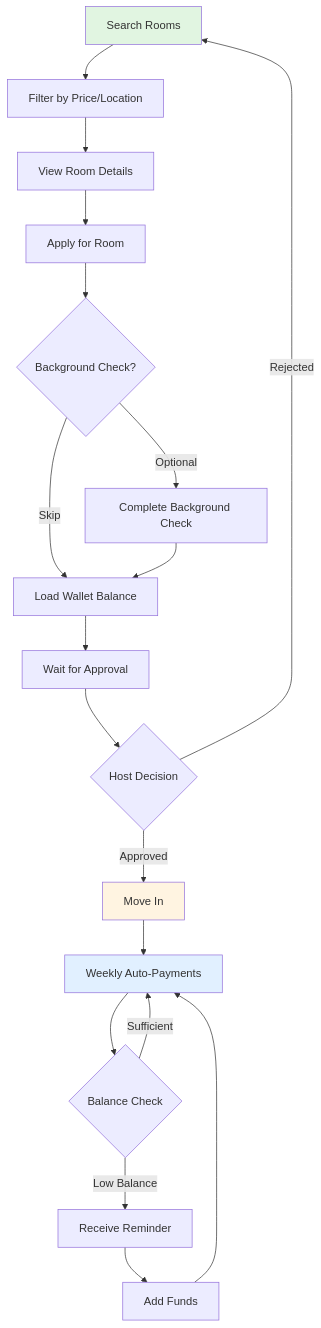
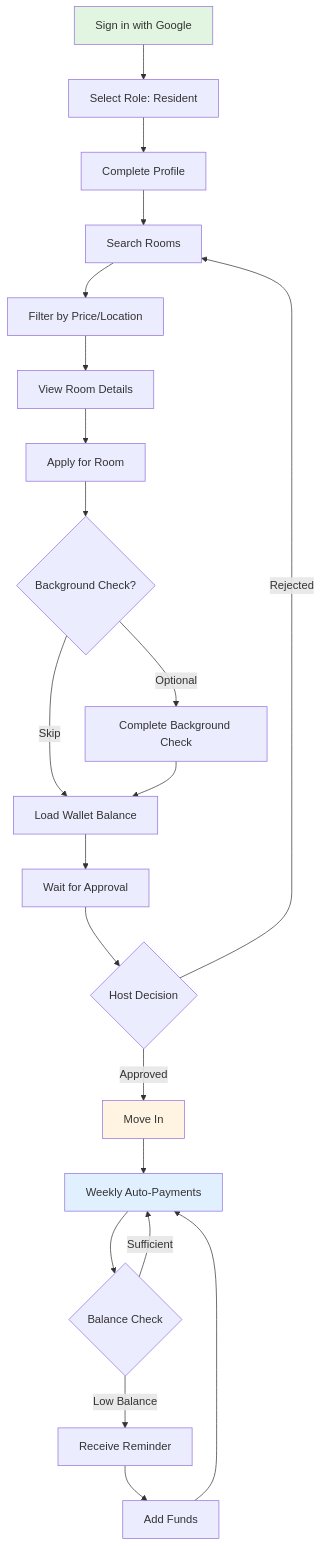
The sixth of 7 diagrams in docs/ROOMPILOT_PRD_v1.md (roompilotpro/roompilot), drawn with Mermaid before and after one commit. The commit also changed other lines of this file, not shown here.

Commit message:
Use google oauth

````diff
--- a/docs/ROOMPILOT_PRD_v1.md
+++ b/docs/ROOMPILOT_PRD_v1.md
@@ -446,24 +463,27 @@
 ```mermaid
 graph TD
-    A[Search Rooms] --> B[Filter by Price/Location]
-    B --> C[View Room Details]
-    C --> D[Apply for Room]
-    D --> E{Background Check?}
-    E -->|Optional| F[Complete Background Check]
-    E -->|Skip| G[Load Wallet Balance]
-    F --> G
-    G --> H[Wait for Approval]
-    H --> I{Host Decision}
-    I -->|Approved| J[Move In]
-    I -->|Rejected| A
-    J --> K[Weekly Auto-Payments]
-    K --> L{Balance Check}
-    L -->|Sufficient| K
-    L -->|Low Balance| M[Receive Reminder]
-    M --> N[Add Funds]
-    N --> K
+    A[Sign in with Google] --> B[Select Role: Resident]
+    B --> C[Complete Profile]
+    C --> D[Search Rooms]
+    D --> E[Filter by Price/Location]
+    E --> F[View Room Details]
+    F --> G[Apply for Room]
+    G --> H{Background Check?}
+    H -->|Optional| I[Complete Background Check]
+    H -->|Skip| J[Load Wallet Balance]
+    I --> J
+    J --> K[Wait for Approval]
+    K --> L{Host Decision}
+    L -->|Approved| M[Move In]
+    L -->|Rejected| D
+    M --> N[Weekly Auto-Payments]
+    N --> O{Balance Check}
+    O -->|Sufficient| N
+    O -->|Low Balance| P[Receive Reminder]
+    P --> Q[Add Funds]
+    Q --> N
     
     style A fill:#e1f5e1
-    style J fill:#fff4e1
-    style K fill:#e1f0ff
+    style M fill:#fff4e1
+    style N fill:#e1f0ff
 ```
````
